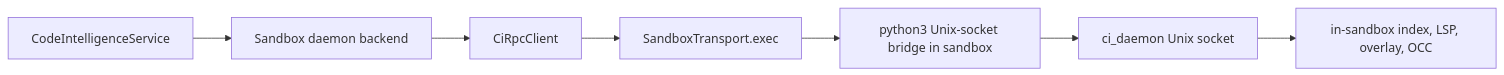
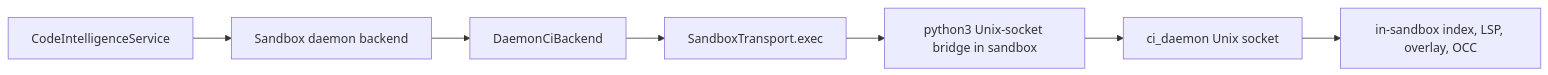
The diagram in docs/architecture/code-intelligence-in-sandbox-daemon/phase-05-implementation-report.md (Ephemeral-AI-Lab/ephemeral-os), drawn with Mermaid before and after one commit. The commit also changed other lines of this file and 55 other files, not shown here.

````diff
--- a/docs/architecture/code-intelligence-in-sandbox-daemon/phase-05-implementation-report.md
+++ b/docs/architecture/code-intelligence-in-sandbox-daemon/phase-05-implementation-report.md
@@ -15,9 +15,9 @@
 ```mermaid
 flowchart LR
     Service["CodeIntelligenceService"] --> Backend["Sandbox daemon backend"]
-    Backend --> Client["CiRpcClient"]
+    Backend --> Client["DaemonCiBackend"]
     Client --> Exec["SandboxTransport.exec"]
     Exec --> Bridge["python3 Unix-socket bridge in sandbox"]
     Bridge --> Daemon["ci_daemon Unix socket"]
     Daemon --> LocalOps["in-sandbox index, LSP, overlay, OCC"]
 ```
````
